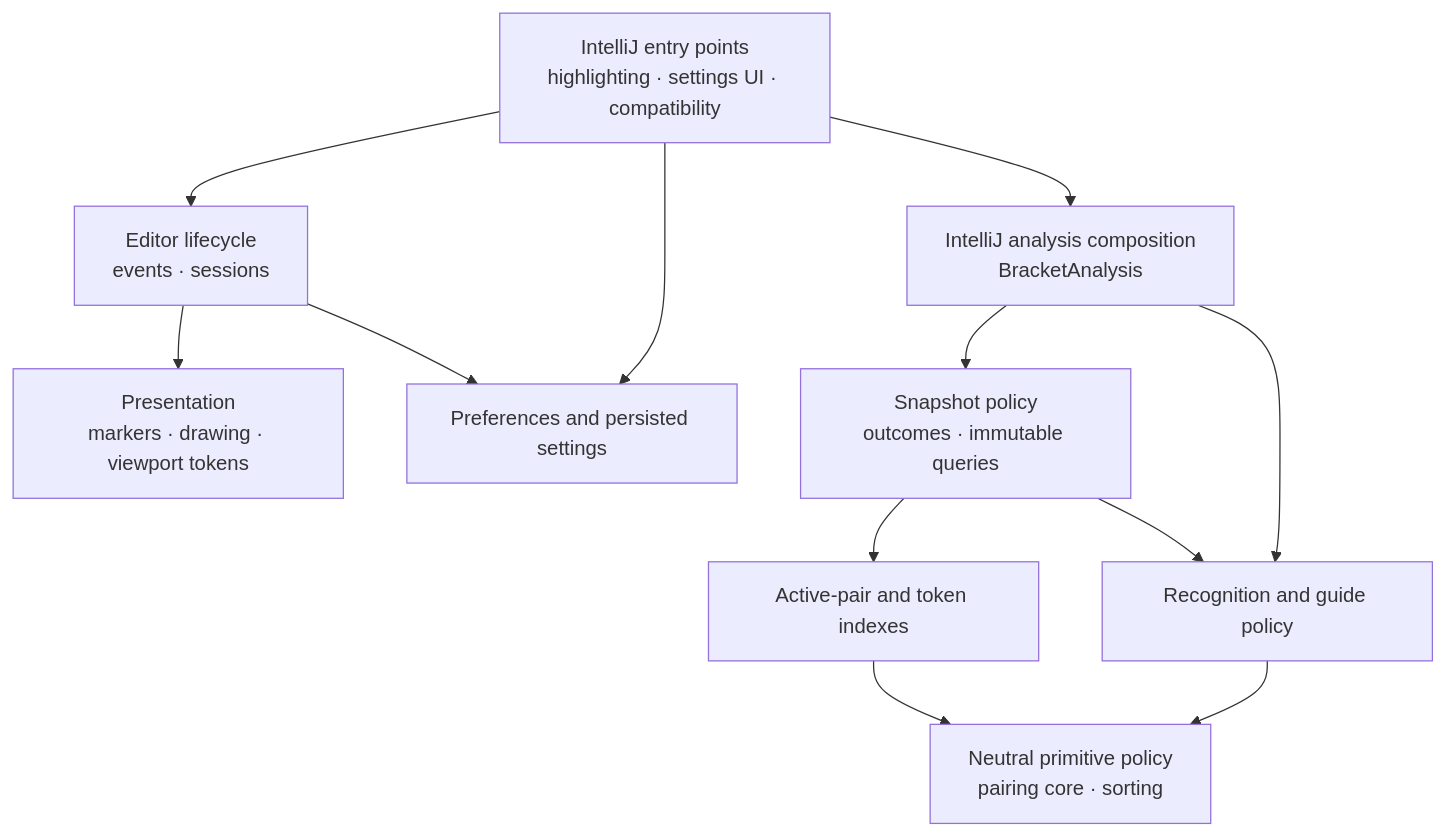
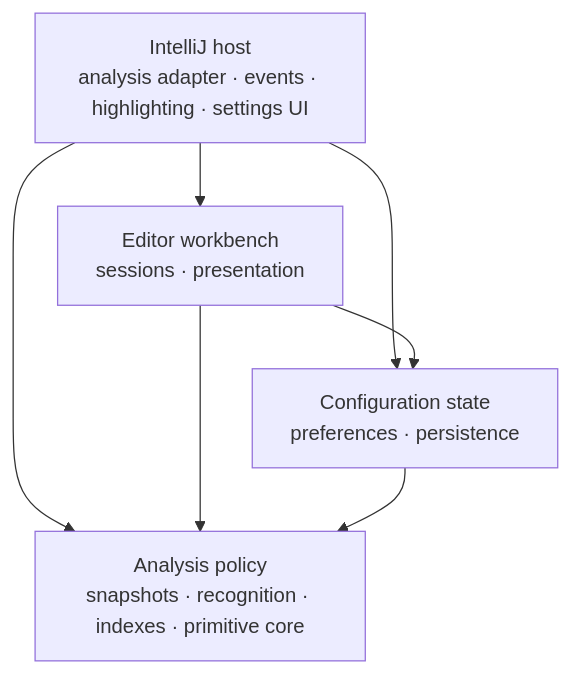
Before and after one commit to YangSiJun528/bracket-pair-guides: the diagram in docs/explanation_architecture.md, drawn with Mermaid. The commit also changed other lines of this file and 4 other files, not shown here.

Commit message:
Simplify architecture rules into broad zones

````diff
--- a/docs/explanation_architecture.md
+++ b/docs/explanation_architecture.md
@@ -20,24 +20,14 @@
 ```mermaid
 flowchart TB
-    ENTRY["IntelliJ entry points<br/>highlighting · settings UI · compatibility"]
-    LIFE["Editor lifecycle<br/>events · sessions"]
-    VIEW["Presentation<br/>markers · drawing · viewport tokens"]
-    STATE["Preferences and persisted settings"]
-    HOST["IntelliJ analysis composition<br/>BracketAnalysis"]
-    RESULT["Snapshot policy<br/>outcomes · immutable queries"]
-    RECOG["Recognition and guide policy"]
-    INDEX["Active-pair and token indexes"]
-    CORE["Neutral primitive policy<br/>pairing core · sorting"]
+    HOST["IntelliJ host<br/>analysis adapter · events · highlighting · settings UI"]
+    WORKBENCH["Editor workbench<br/>sessions · presentation"]
+    STATE["Configuration state<br/>preferences · persistence"]
+    POLICY["Analysis policy<br/>snapshots · recognition · indexes · primitive core"]
 
-    ENTRY --> LIFE
-    ENTRY --> STATE
-    ENTRY --> HOST
-    LIFE --> VIEW
-    LIFE --> STATE
-    HOST --> RESULT
-    HOST --> RECOG
-    RESULT --> RECOG
-    RESULT --> INDEX
-    RECOG --> CORE
-    INDEX --> CORE
+    HOST --> WORKBENCH
+    HOST --> STATE
+    HOST --> POLICY
+    WORKBENCH --> STATE
+    WORKBENCH --> POLICY
+    STATE --> POLICY
 ```
````
